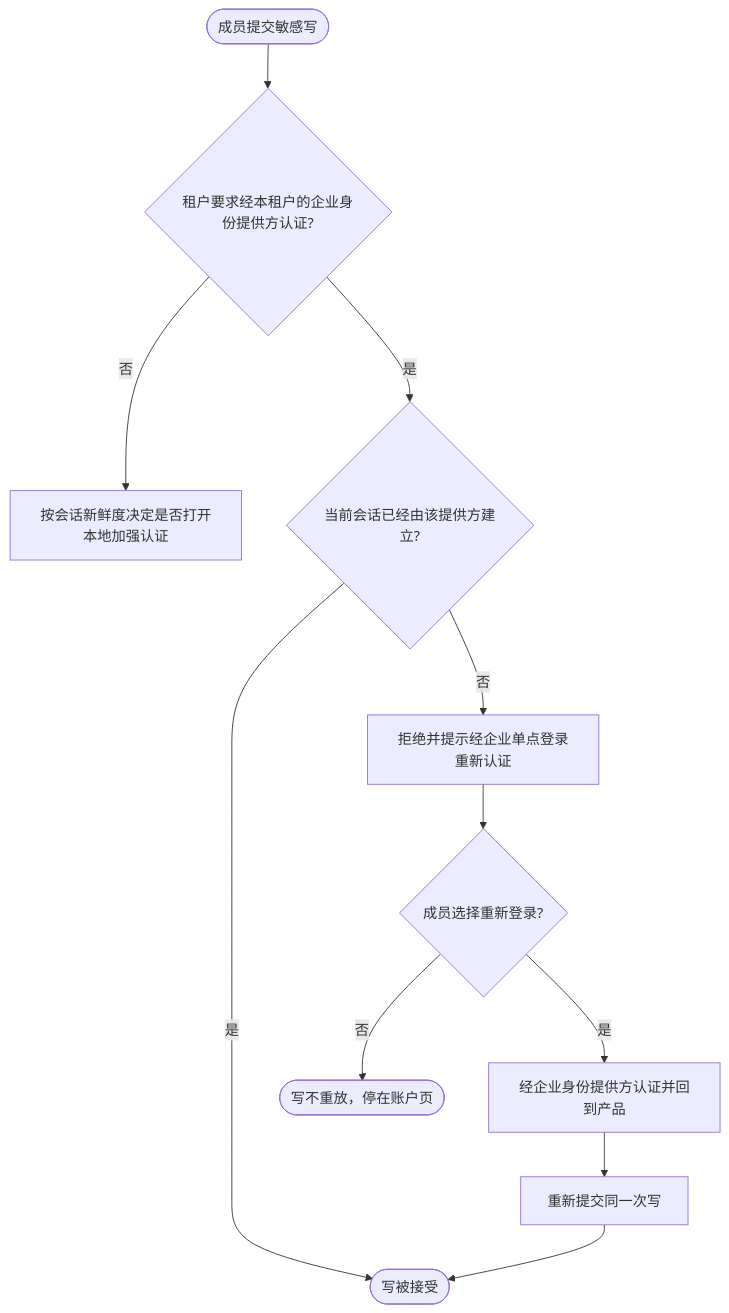
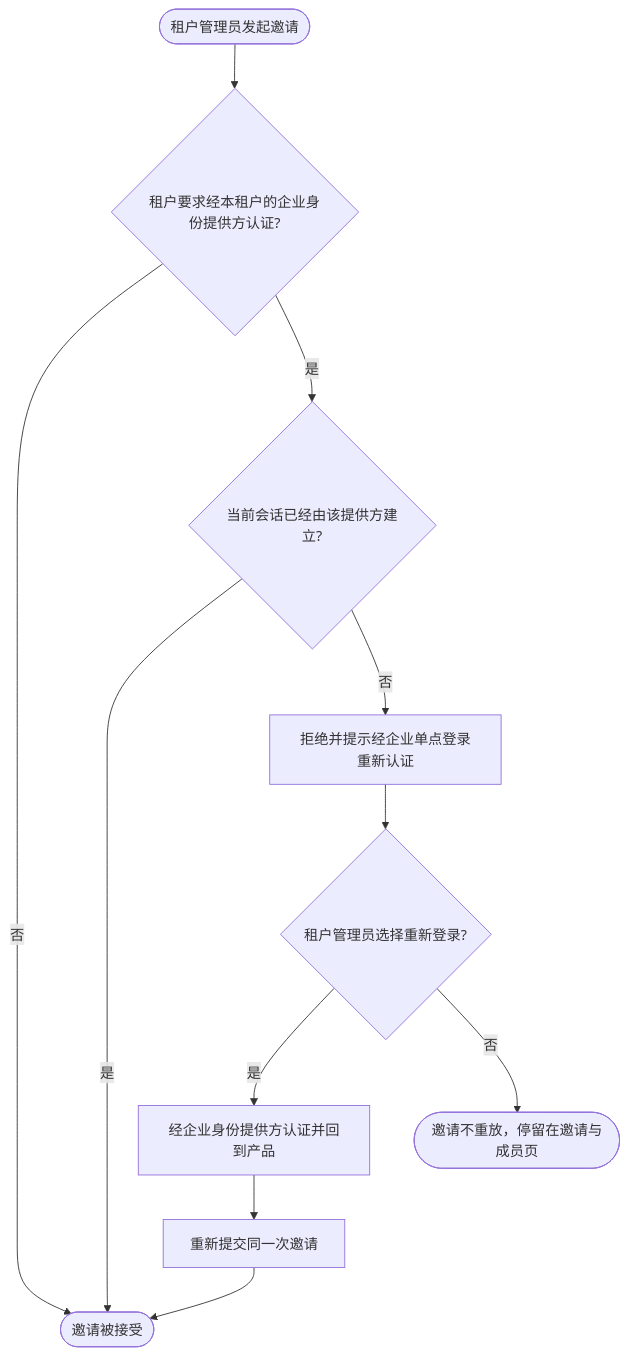
The diagram in docs/prd/journeys/journey-tenant-sso-required.md (wangzw/speed), drawn with Mermaid before and after one commit. The commit also changed other lines of this file and 1 other file, not shown here.

First line of the commit message:
docs(prd): scope the tenant SSO requirement to tenant operations

````diff
--- a/docs/prd/journeys/journey-tenant-sso-required.md
+++ b/docs/prd/journeys/journey-tenant-sso-required.md
@@ -30,13 +30,13 @@
 ```mermaid
 flowchart TD
-    start([成员提交敏感写]) --> policy{租户要求经本租户的企业身份提供方认证?}
-    policy -->|否| local[按会话新鲜度决定是否打开本地加强认证]
+    start([租户管理员发起邀请]) --> policy{租户要求经本租户的企业身份提供方认证?}
+    policy -->|否| done([邀请被接受])
     policy -->|是| session{当前会话已经由该提供方建立?}
-    session -->|是| done([写被接受])
+    session -->|是| done
     session -->|否| refuse[拒绝并提示经企业单点登录重新认证]
-    refuse --> choice{成员选择重新登录?}
+    refuse --> choice{租户管理员选择重新登录?}
     choice -->|是| sso[经企业身份提供方认证并回到产品]
-    sso --> retry[重新提交同一次写]
+    sso --> retry[重新提交同一次邀请]
     retry --> done
-    choice -->|否| cancel([写不重放，停在账户页])
+    choice -->|否| cancel([邀请不重放，停留在邀请与成员页])
 ```
````
